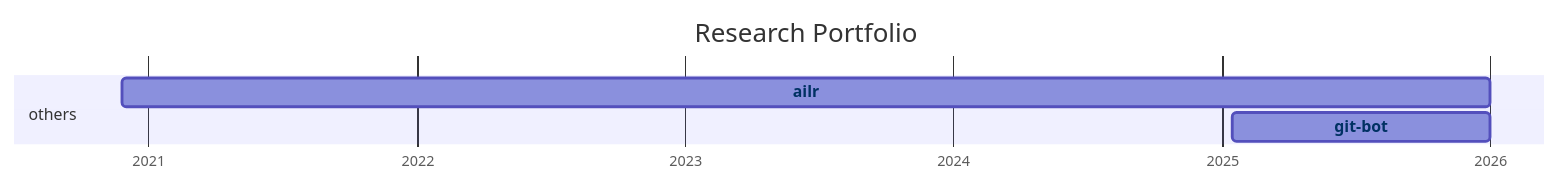
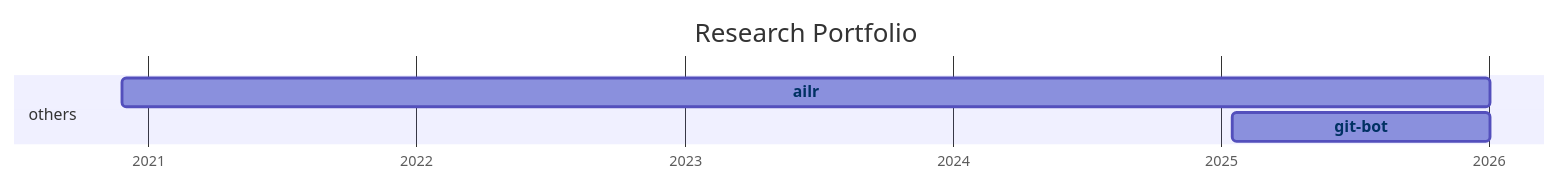
The diagram in docs/20-research/25-projects-gantt.md (digital-work-lab/handbook), drawn with Mermaid before and after one commit. The commit also changed 3 other files, not shown here.

````diff
--- a/docs/20-research/25-projects-gantt.md
+++ b/docs/20-research/25-projects-gantt.md
@@ -8,23 +8,23 @@
 ```mermaid
 ---
 displayMode: compact
 ---
 gantt
 title Research Portfolio
 dateFormat YYYY-MM-DD
 axisFormat %Y
 
     section work_practices
 
     section distributed_organizing
 
     section knowledge_synthesis
 
     section others
-        git-bot :git-bot, 2025-01-15, 2026-01-01
-        ailr :ailr, 2020-11-26, 2026-01-01
+        git-bot :git-bot, 2025-01-15, 2026-01-02
+        ailr :ailr, 2020-11-26, 2026-01-02
 
 
     click git-bot href "{{ site.baseurl }}/docs/10-lab/18-resources/git-bot.html"
     click ailr href "{{ site.baseurl }}/docs/10-lab/18-resources/ailr.html"
 ```
````
